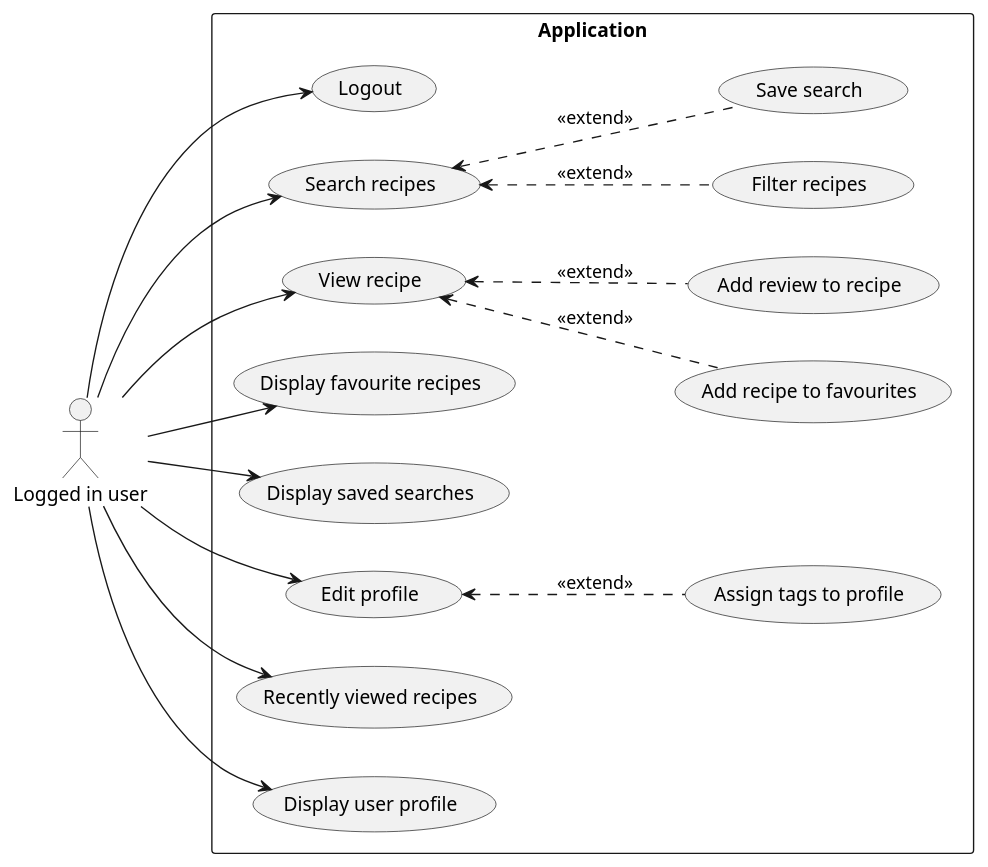
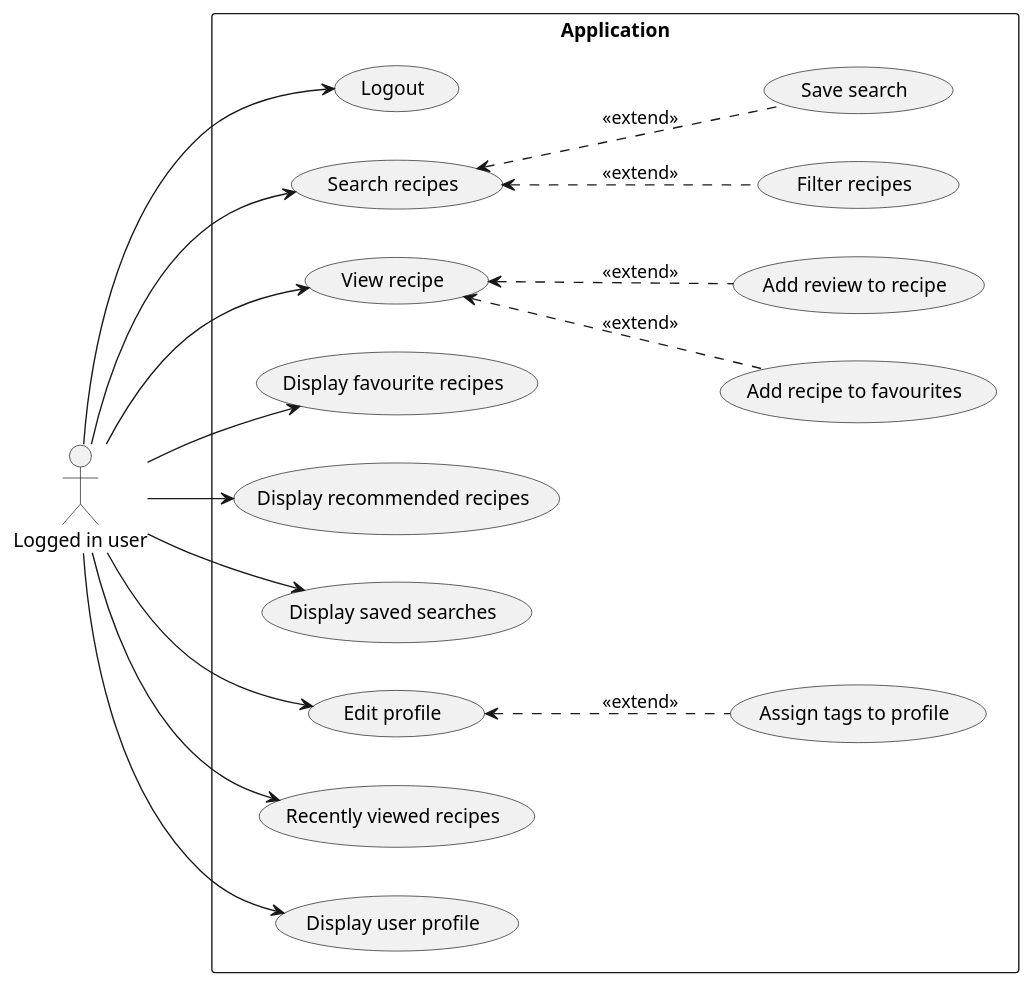
The second of 2 diagrams in SystemRequirements.md (kambed/FoodzillaArchitecture), drawn with PlantUML before and after one commit. The commit also changed other lines of this file and 3 other files, not shown here.

````diff
--- a/SystemRequirements.md
+++ b/SystemRequirements.md
@@ -78,44 +78,47 @@
 ```plantuml
 @startuml
 left to right direction
 
 actor "Logged in user" AS loggedUser
 
 rectangle Application {
     usecase "Logout" as logout
     
     usecase "Search recipes" as search
     usecase "Filter recipes" as filter
     usecase "View recipe" as view
     
     usecase "Display favourite recipes" as favourite
     usecase "Add recipe to favourites" as addFavourite
+    
+    usecase "Display recommended recipes" as recommended
     
     usecase "Display saved searches" as savedSearches
     usecase "Save search" as saveSearch
     
     usecase "Edit profile" as editProfile
     usecase "Assign tags to profile" as assignTags
     
     usecase "Recently viewed recipes" as recentlyViewed
     
     usecase "Display user profile" as userProfile
     usecase "Add review to recipe" as addReview
     
     search <.. filter: <<extend>>
     view <.. addFavourite: <<extend>>
     view <.. addReview: <<extend>>
     search <.. saveSearch: <<extend>>
     
     editProfile <.. assignTags: <<extend>>
 }
 loggedUser --> logout
 loggedUser --> search
 loggedUser --> view
 loggedUser --> favourite
+loggedUser --> recommended
 loggedUser --> savedSearches
 loggedUser --> editProfile
 loggedUser --> recentlyViewed
 loggedUser --> userProfile
 @enduml
 ```
````
